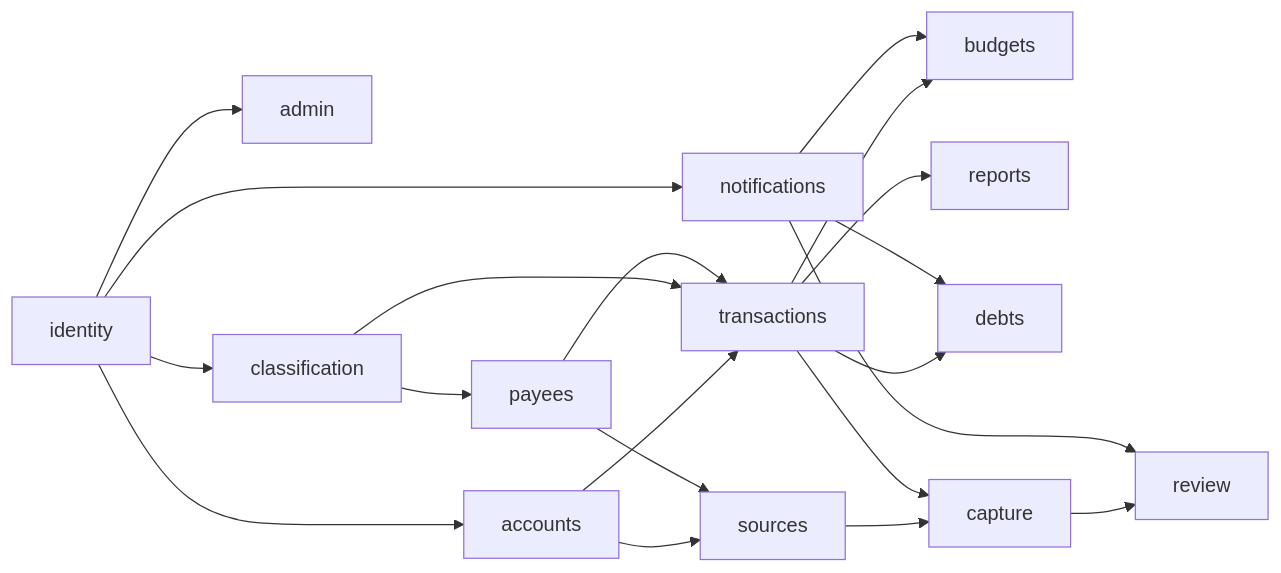
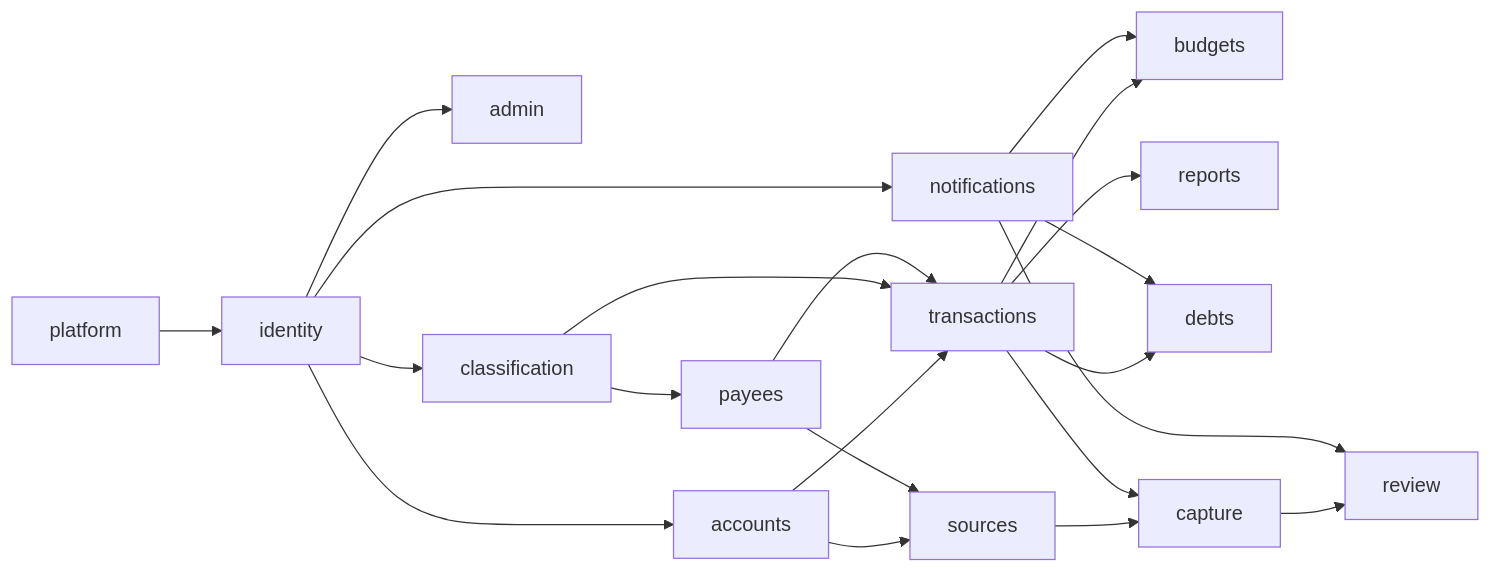
One commit to ali-hy/Budmon changed the diagram in docs/product/spec-summary.md. Above: the diagram before and after it, drawn with Mermaid. The commit also changed other lines of this file, not shown here.

First line of the commit message:
Spec summary v0.9: add platform module

````diff
--- a/docs/product/spec-summary.md
+++ b/docs/product/spec-summary.md
@@ -599,22 +667,23 @@
 ```mermaid
 flowchart LR
+  platform --> identity
   identity --> accounts
   identity --> admin
   identity --> classification
   classification --> payees
   accounts --> transactions
   classification --> transactions
   payees --> transactions
   identity --> notifications
   transactions --> budgets
   notifications --> budgets
   transactions --> reports
   transactions --> debts
   notifications --> debts
   accounts --> sources
   payees --> sources
   sources --> capture
   transactions --> capture
   capture --> review
   notifications --> review
 ```
````
